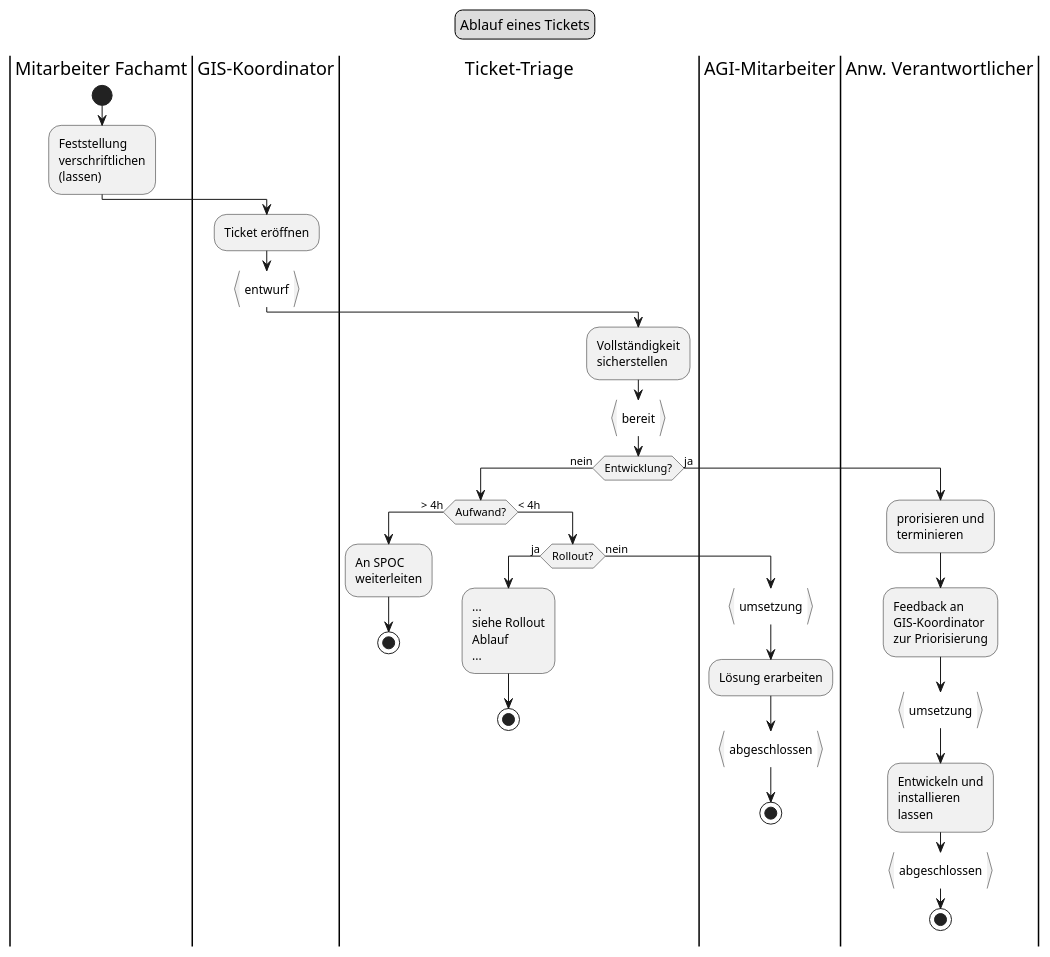
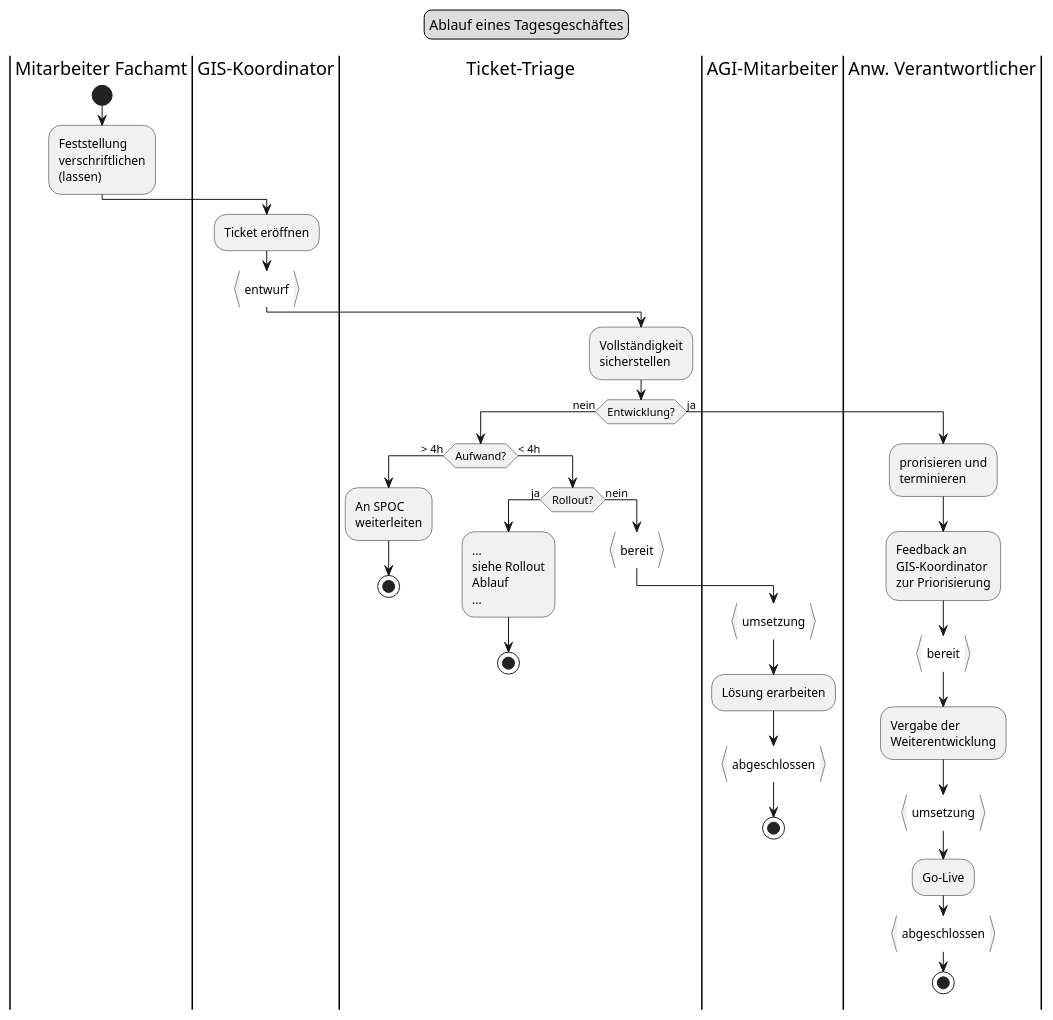
One commit to ojeker/docktick changed the diagram in puml/src/flow_ticket.puml. Above: the diagram before and after it, drawn with PlantUML. The commit also changed 10 other files, not shown here.

```diff
--- a/puml/src/flow_ticket.puml
+++ b/puml/src/flow_ticket.puml
@@ -1,51 +1,53 @@
 @startuml
 legend top
-	Ablauf eines Tickets
+	Ablauf eines Tagesgeschäftes
 end legend
 |Mitarbeiter Fachamt|
 start
 :Feststellung
 verschriftlichen
 (lassen);
 |GIS-Koordinator|
 :Ticket eröffnen;
 :entwurf}
 |Ticket-Triage|
 :Vollständigkeit
 sicherstellen;
-:bereit}
+
 if (Entwicklung?) then (nein)
   if (Aufwand?) then (> 4h)
     :An SPOC
     weiterleiten;
     stop
   else (< 4h)
   	if (Rollout?) then (ja)
       :...
       siehe Rollout
       Ablauf
       ...;
       stop
     else (nein)
+      :bereit}
       |AGI-Mitarbeiter|
       :umsetzung}
       :Lösung erarbeiten;
       :abgeschlossen}
       stop
     endif
   endif
 else (ja)
   |Anw. Verantwortlicher|
   :prorisieren und
   terminieren;
   :Feedback an
   GIS-Koordinator
   zur Priorisierung;
+  :bereit}
+  :Vergabe der
+  Weiterentwicklung;
   :umsetzung}
-  :Entwickeln und
-  installieren
-  lassen;
+  :Go-Live;
   :abgeschlossen}
   stop
 endif
 @enduml
```
